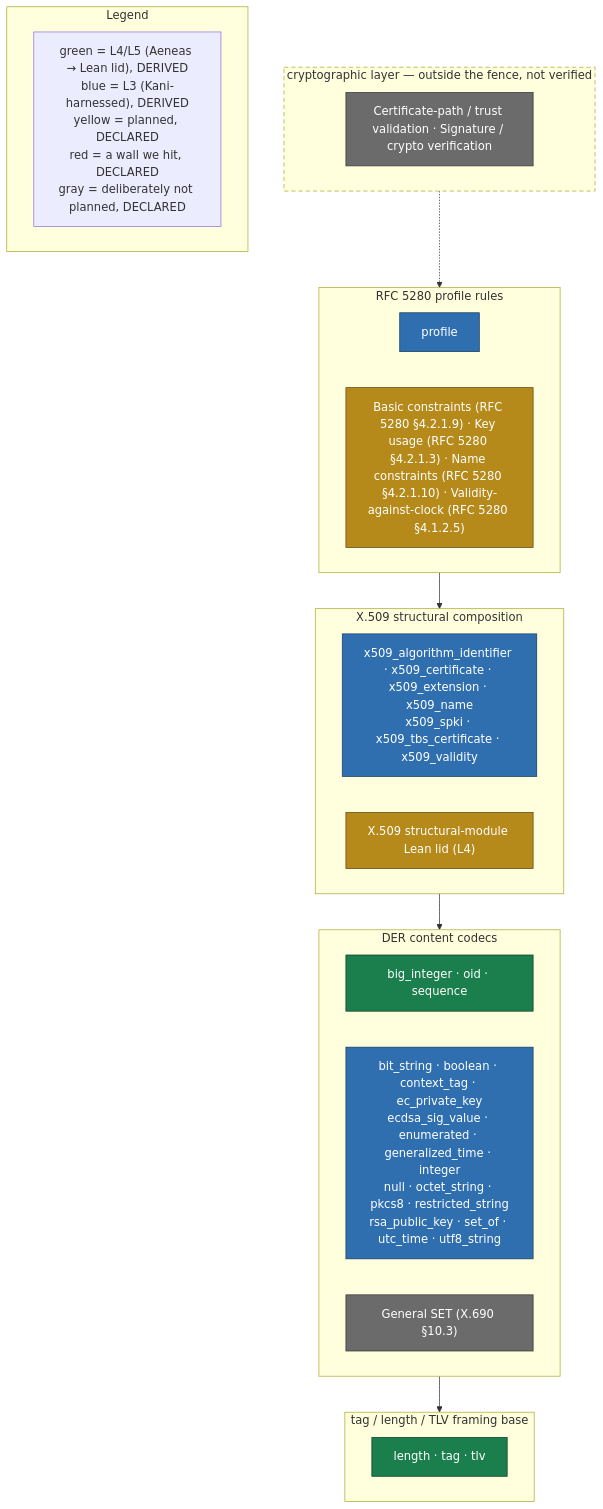
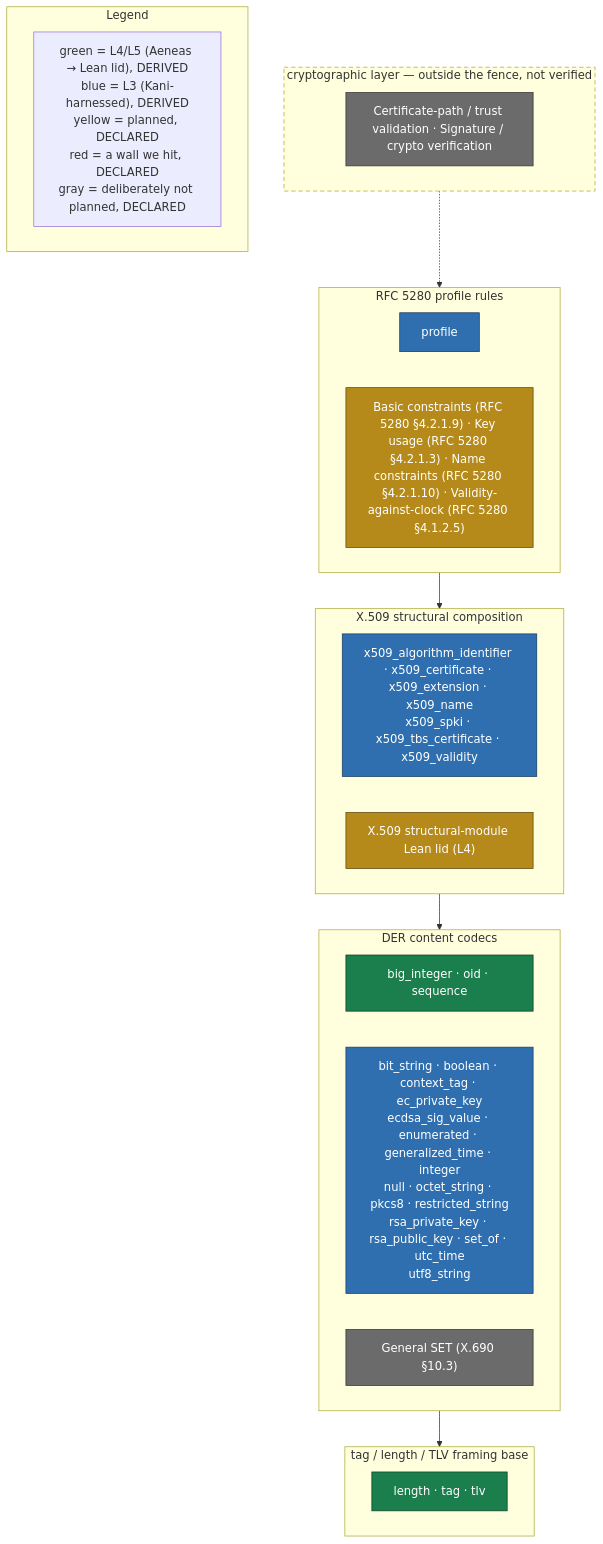
One commit to ivmat/rs-verified-der changed the diagram in README.md. Above: the diagram before and after it, drawn with Mermaid. The commit also changed other lines of this file and 8 other files, not shown here.

````diff
--- a/README.md
+++ b/README.md
@@ -95,40 +95,40 @@
 ```mermaid
 flowchart TB
     classDef green fill:#1b7f4d,stroke:#0a3d22,color:#ffffff
     classDef blue fill:#2f6fb0,stroke:#173a5e,color:#ffffff
     classDef yellow fill:#b58a1a,stroke:#5c4610,color:#ffffff
     classDef red fill:#b3382a,stroke:#5c1a10,color:#ffffff
     classDef gray fill:#6b6b6b,stroke:#333333,color:#ffffff
 
     subgraph crypto_layer["cryptographic layer — outside the fence, not verified"]
         direction LR
         style crypto_layer stroke-dasharray: 6 4
         crypto_gray["Certificate-path / trust validation · Signature / crypto verification"]:::gray
     end
     subgraph profile_layer["RFC 5280 profile rules"]
         direction LR
         profile_blue["profile"]:::blue
         profile_yellow["Basic constraints (RFC 5280 §4.2.1.9) · Key usage (RFC 5280 §4.2.1.3) · Name constraints (RFC 5280 §4.2.1.10) · Validity-against-clock (RFC 5280 §4.1.2.5)"]:::yellow
     end
     subgraph structural_layer["X.509 structural composition"]
         direction LR
         structural_blue["x509_algorithm_identifier · x509_certificate · x509_extension · x509_name<br/>x509_spki · x509_tbs_certificate · x509_validity"]:::blue
         structural_yellow["X.509 structural-module Lean lid (L4)"]:::yellow
     end
     subgraph codecs_layer["DER content codecs"]
         direction LR
         codecs_green["big_integer · oid · sequence"]:::green
-        codecs_blue["bit_string · boolean · context_tag · ec_private_key<br/>ecdsa_sig_value · enumerated · generalized_time · integer<br/>null · octet_string · pkcs8 · restricted_string<br/>rsa_public_key · set_of · utc_time · utf8_string"]:::blue
+        codecs_blue["bit_string · boolean · context_tag · ec_private_key<br/>ecdsa_sig_value · enumerated · generalized_time · integer<br/>null · octet_string · pkcs8 · restricted_string<br/>rsa_private_key · rsa_public_key · set_of · utc_time<br/>utf8_string"]:::blue
         codecs_gray["General SET (X.690 §10.3)"]:::gray
     end
     subgraph framing_layer["tag / length / TLV framing base"]
         direction LR
         framing_green["length · tag · tlv"]:::green
     end
 
     crypto_layer -.-> profile_layer --> structural_layer --> codecs_layer --> framing_layer
 
     subgraph legend["Legend"]
         legend_all["green = L4/L5 (Aeneas → Lean lid), DERIVED<br/>blue = L3 (Kani-harnessed), DERIVED<br/>yellow = planned, DECLARED<br/>red = a wall we hit, DECLARED<br/>gray = deliberately not planned, DECLARED"]
     end
 ```
````
